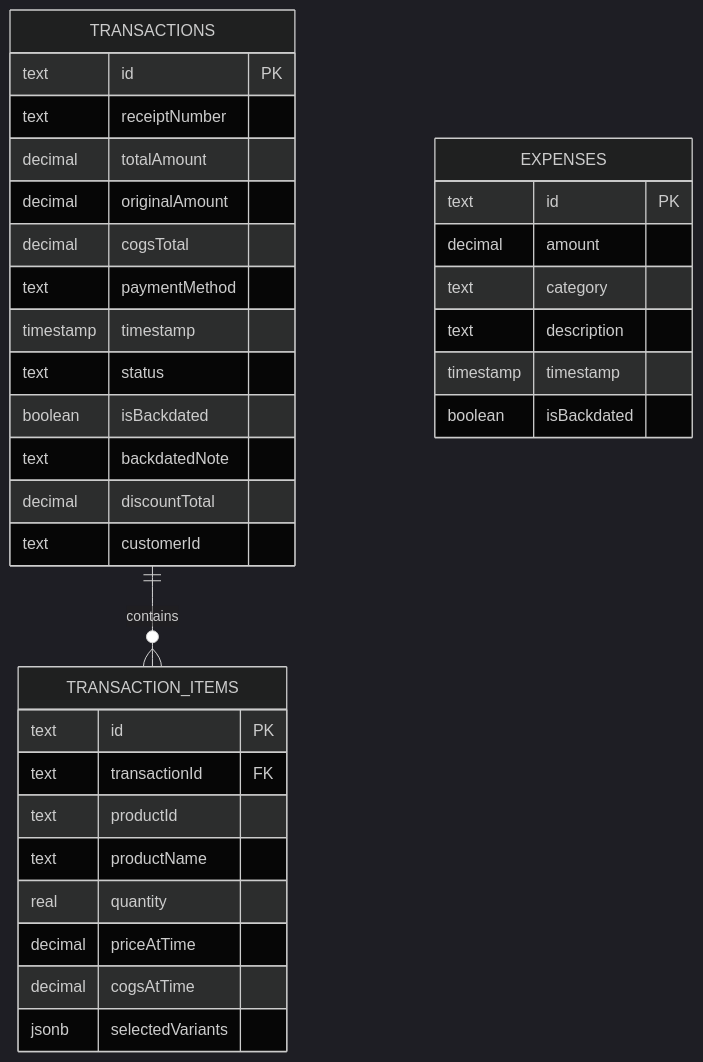
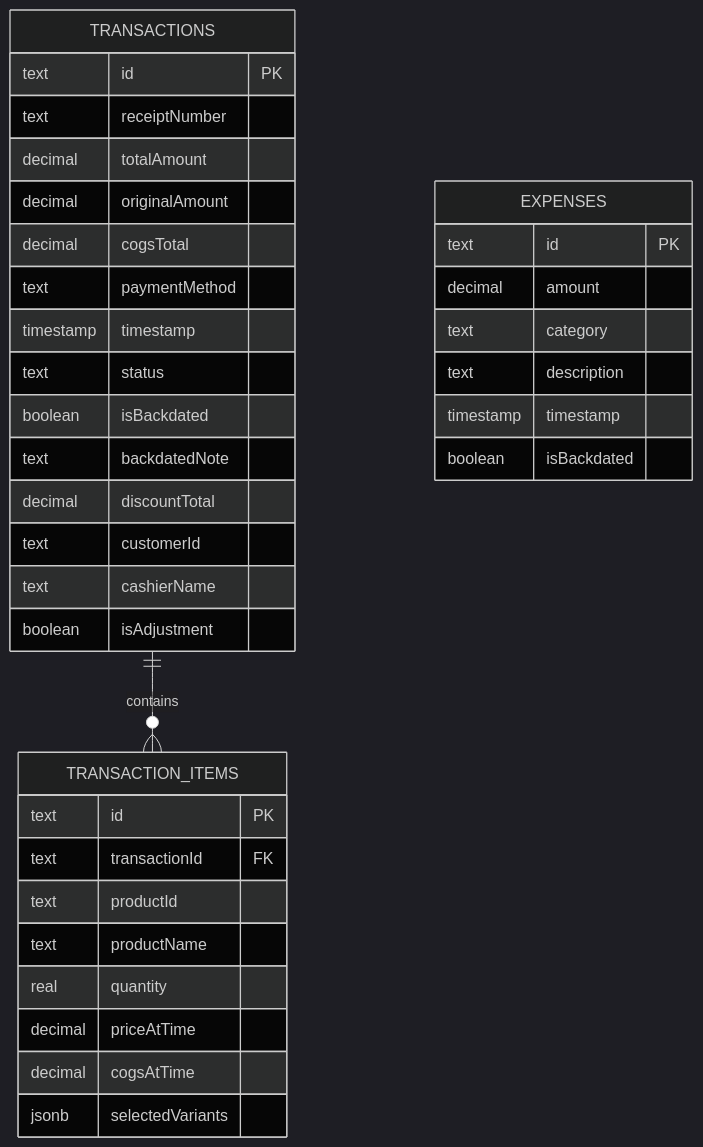
Before and after one commit to riod94/ngepos: the sixth of 7 diagrams in .qoder/repowiki/en/content/Utility Libraries/Synchronization Service.md, drawn with Mermaid (dark theme). The commit also changed other lines of this file and 51 other files, not shown here.

````diff
--- a/.qoder/repowiki/en/content/Utility Libraries/Synchronization Service.md
+++ b/.qoder/repowiki/en/content/Utility Libraries/Synchronization Service.md
@@ -225,36 +313,38 @@
 ```mermaid
 erDiagram
 TRANSACTIONS {
 text id PK
 text receiptNumber
 decimal totalAmount
 decimal originalAmount
 decimal cogsTotal
 text paymentMethod
 timestamp timestamp
 text status
 boolean isBackdated
 text backdatedNote
 decimal discountTotal
 text customerId
+text cashierName
+boolean isAdjustment
 }
 TRANSACTION_ITEMS {
 text id PK
 text transactionId FK
 text productId
 text productName
 real quantity
 decimal priceAtTime
 decimal cogsAtTime
 jsonb selectedVariants
 }
 EXPENSES {
 text id PK
 decimal amount
 text category
 text description
 timestamp timestamp
 boolean isBackdated
 }
 TRANSACTIONS ||--o{ TRANSACTION_ITEMS : "contains"
 ```
````
